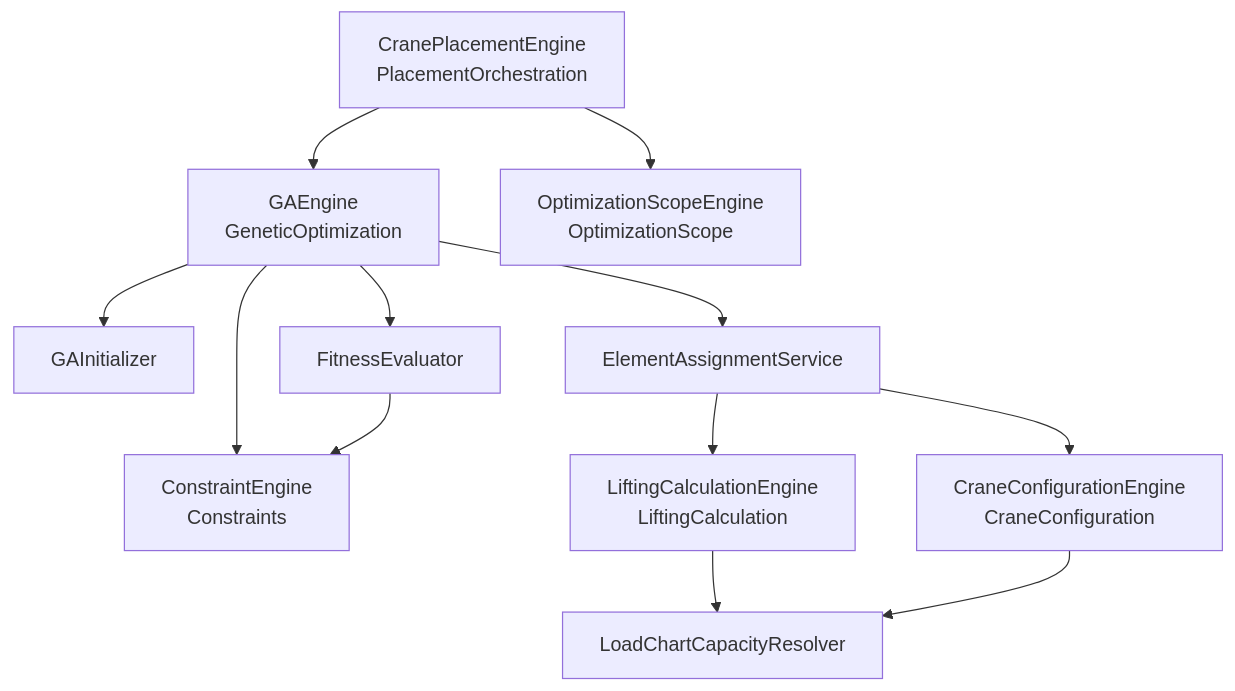
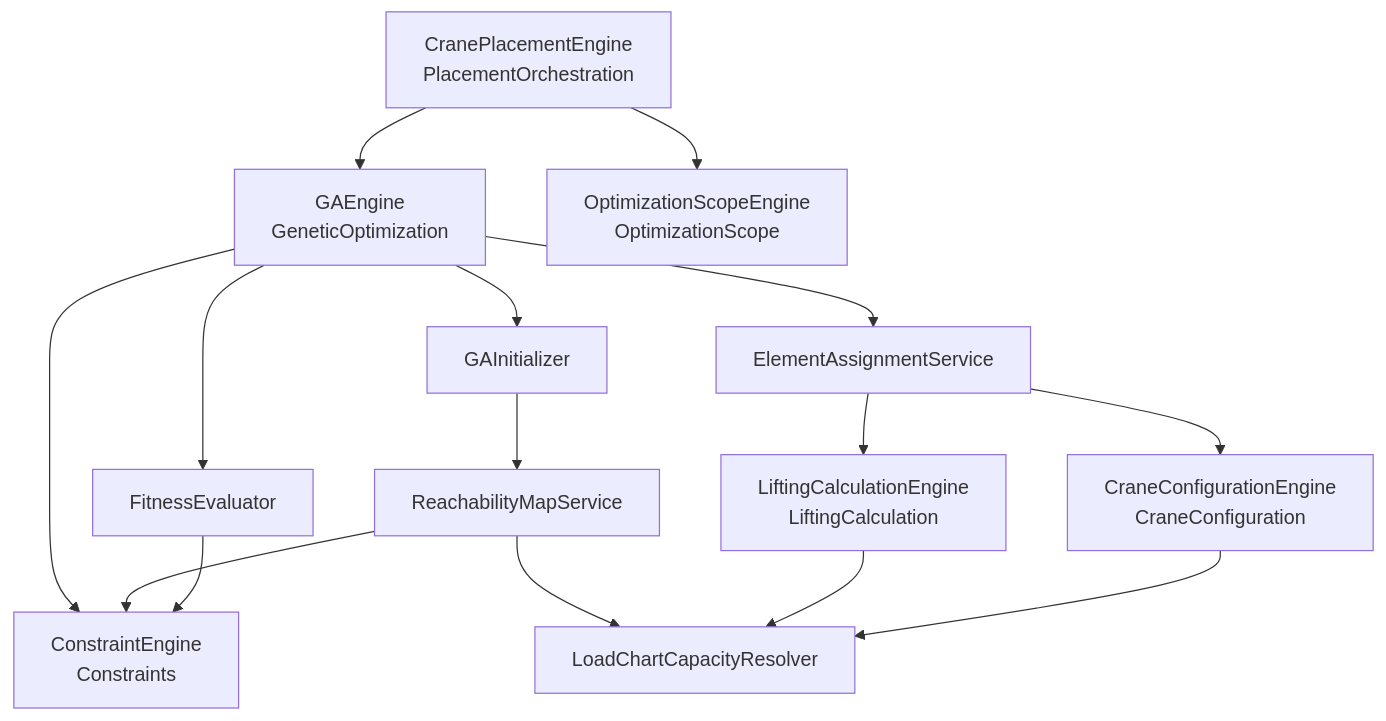
One commit to ITI-intake46/CranePathOptimizer changed the first of 2 diagrams in docs/architecture/engines.md. Above: the diagram before and after it, drawn with Mermaid. The commit also changed other lines of this file and 17 other files, not shown here.

````diff
--- a/docs/architecture/engines.md
+++ b/docs/architecture/engines.md
@@ -13,18 +13,22 @@
 ```mermaid
 graph TD
     CPE[CranePlacementEngine <br/> PlacementOrchestration] --> GAE[GAEngine <br/> GeneticOptimization]
     CPE --> OSE[OptimizationScopeEngine <br/> OptimizationScope]
     
     GAE --> GAI[GAInitializer]
     GAE --> EAS[ElementAssignmentService]
     GAE --> FE[FitnessEvaluator]
     GAE --> CE[ConstraintEngine <br/> Constraints]
     
+    GAI --> RMS[ReachabilityMapService]
+    RMS --> CE
+    RMS --> LCCR[LoadChartCapacityResolver]
+    
     EAS --> LCE[LiftingCalculationEngine <br/> LiftingCalculation]
     EAS --> CCE[CraneConfigurationEngine <br/> CraneConfiguration]
     
-    LCE --> LCCR[LoadChartCapacityResolver]
+    LCE --> LCCR
     CCE --> LCCR
     
     FE --> CE
 ```
````
